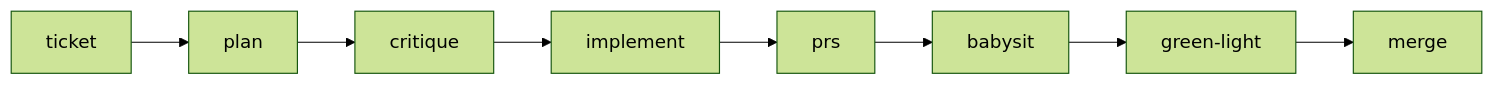
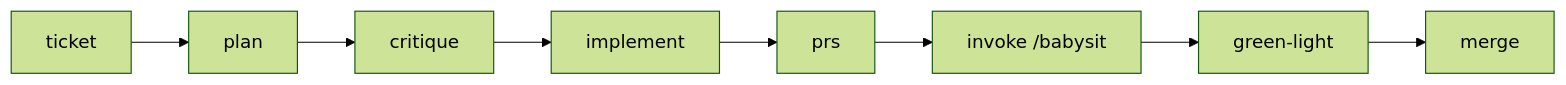
The diagram in skills/factory/README.md (chroline/oliver), drawn with Mermaid (forest theme) before and after one commit. The commit also changed other lines of this file and 5 other files, not shown here.

````diff
--- a/skills/factory/README.md
+++ b/skills/factory/README.md
@@ -7,4 +7,4 @@
 ```mermaid
 flowchart LR
-  ticket --> plan --> critique --> implement --> prs --> babysit --> greelight[green-light] --> merge
+  ticket --> plan --> critique --> implement --> prs --> babysit["invoke /babysit"] --> greelight[green-light] --> merge
 ```
````
